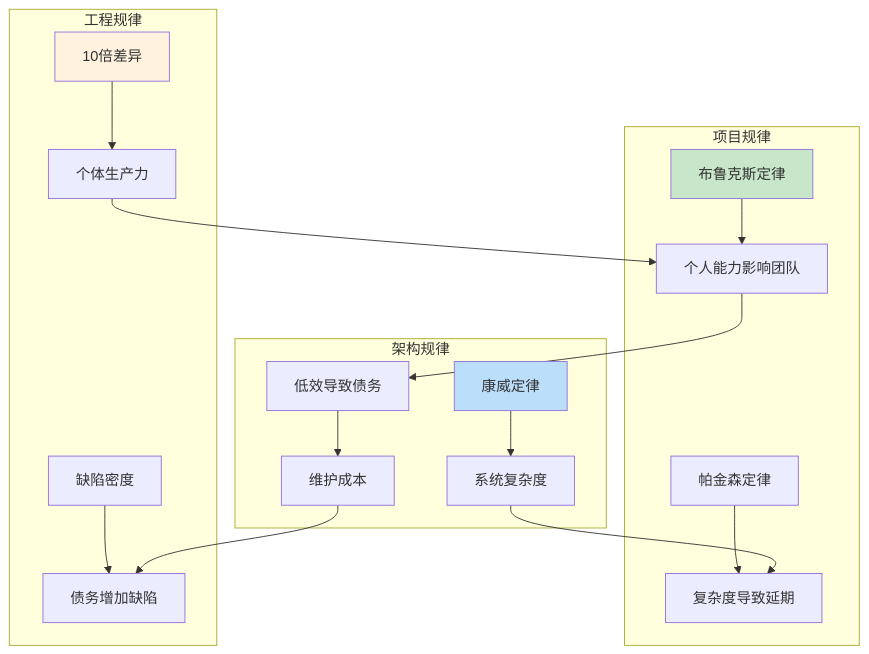
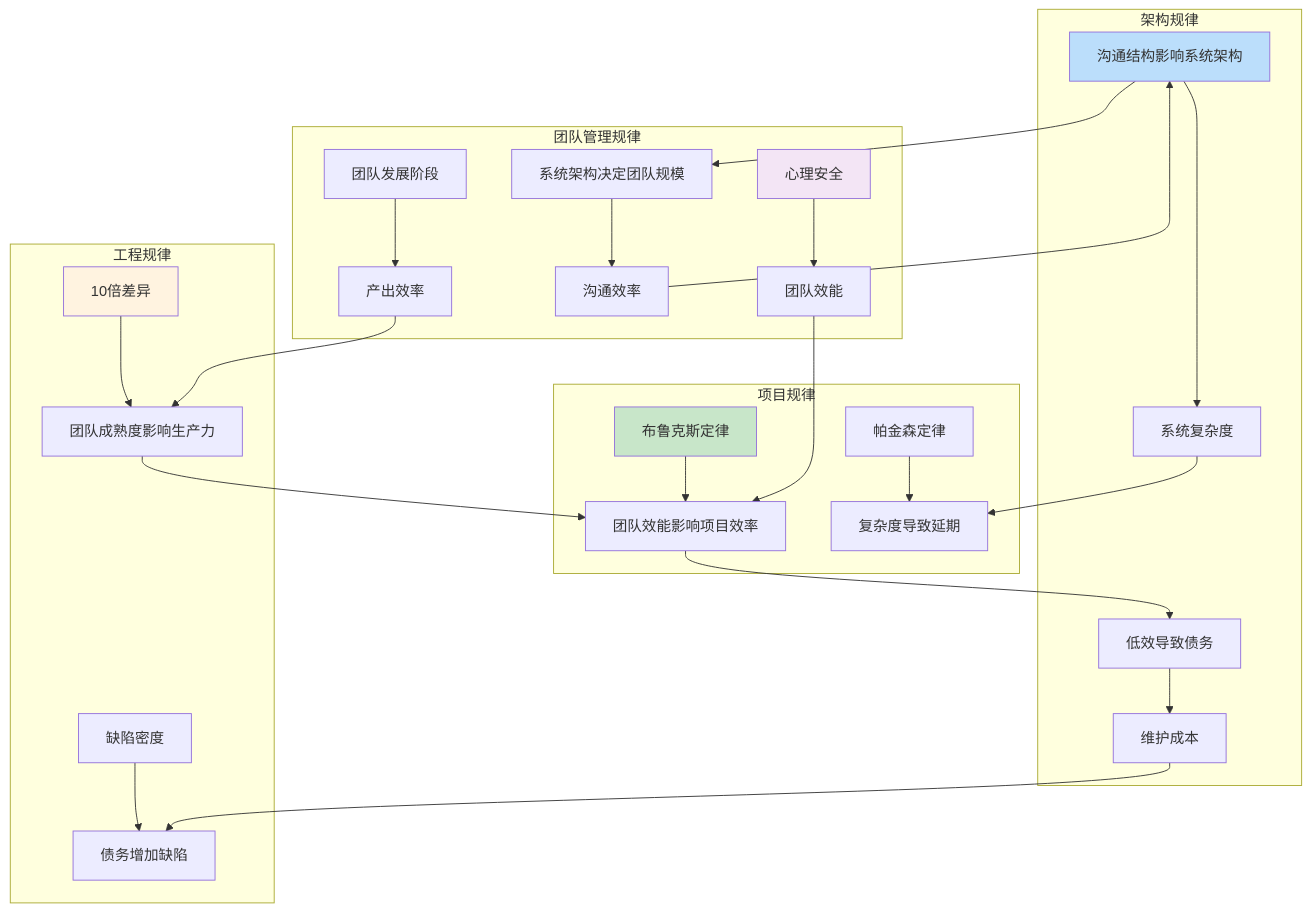
One commit to morning-king/ai-generate-md changed the seventh of 7 diagrams in 生产规律.md. Above: the diagram before and after it, drawn with Mermaid. The commit also changed other lines of this file and 4 other files, not shown here.

````diff
--- a/生产规律.md
+++ b/生产规律.md
@@ -187,25 +297,36 @@
 ```mermaid
 graph TD
 subgraph 架构规律
 A1[康威定律] --> A2[系统复杂度]
 A3[技术债务] --> A4[维护成本]
 end
 subgraph 项目规律
     B1[布鲁克斯定律] --> B2[团队效率]
     B3[帕金森定律] --> B4[进度延迟]
 end
 
 subgraph 工程规律
     C1[10倍差异] --> C2[个体生产力]
     C3[缺陷密度] --> C4[质量成本]
 end
 
+subgraph 团队管理规律
+    D1[心理安全] --> D2[团队效能]
+    D3[团队规模] --> D4[沟通效率]
+    D5[团队发展阶段] --> D6[产出效率]
+end
+
 A2 --> B4[复杂度导致延期]
 B2 --> A3[低效导致债务]
 A4 --> C4[债务增加缺陷]
 C2 --> B2[个人能力影响团队]
+D2 --> B2[团队效能影响项目效率]
+D4 --> A1[沟通结构影响系统架构]
+D6 --> C2[团队成熟度影响生产力]
+A1 --> D3[系统架构决定团队规模]
 
 style A1 fill:#bbdefb
 style B1 fill:#c8e6c9
 style C1 fill:#fff3e0
+style D1 fill:#f3e5f5
 ```
````
